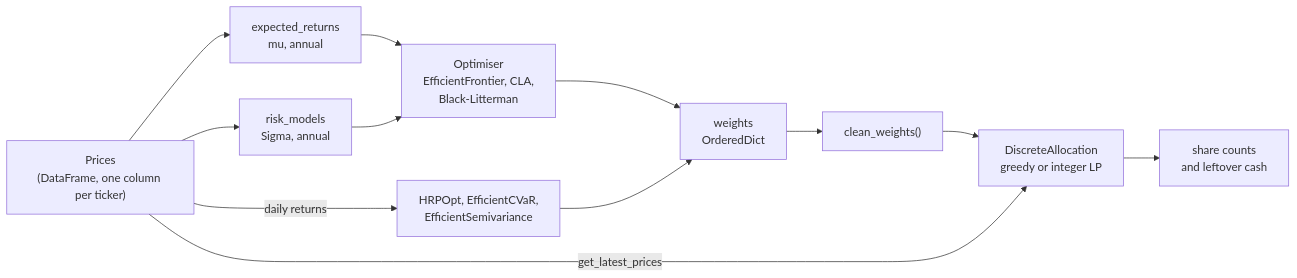
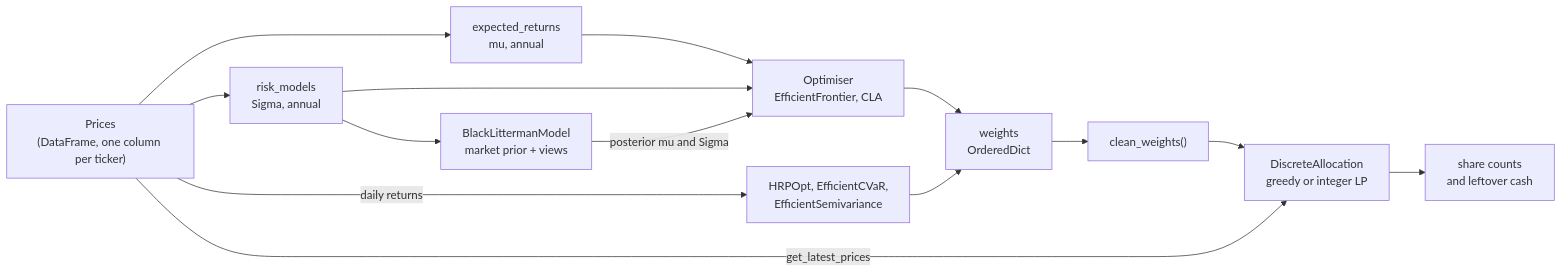
One commit to rya-sge/access-denied changed the first of 2 diagrams in _posts/2026-11-18-pyportfolioopt-portfolio-optimization.md. Above: the diagram before and after it, drawn with Mermaid. The commit also changed other lines of this file and 24 other files, not shown here.

````diff
--- a/_posts/2026-11-18-pyportfolioopt-portfolio-optimization.md
+++ b/_posts/2026-11-18-pyportfolioopt-portfolio-optimization.md
@@ -61,14 +51,16 @@
 ```mermaid
 flowchart LR
     P["Prices<br/>(DataFrame, one column per ticker)"] --> ER["expected_returns<br/>mu, annual"]
     P --> RM["risk_models<br/>Sigma, annual"]
-    ER --> OPT["Optimiser<br/>EfficientFrontier, CLA,<br/>Black-Litterman"]
+    ER --> OPT["Optimiser<br/>EfficientFrontier, CLA"]
     RM --> OPT
+    RM --> BL["BlackLittermanModel<br/>market prior + views"]
+    BL -->|"posterior mu and Sigma"| OPT
     P -->|"daily returns"| ALT["HRPOpt, EfficientCVaR,<br/>EfficientSemivariance"]
     OPT --> W["weights<br/>OrderedDict"]
     ALT --> W
     W --> CW["clean_weights()"]
     CW --> DA["DiscreteAllocation<br/>greedy or integer LP"]
     P -->|"get_latest_prices"| DA
     DA --> SH["share counts<br/>and leftover cash"]
 ```
````
